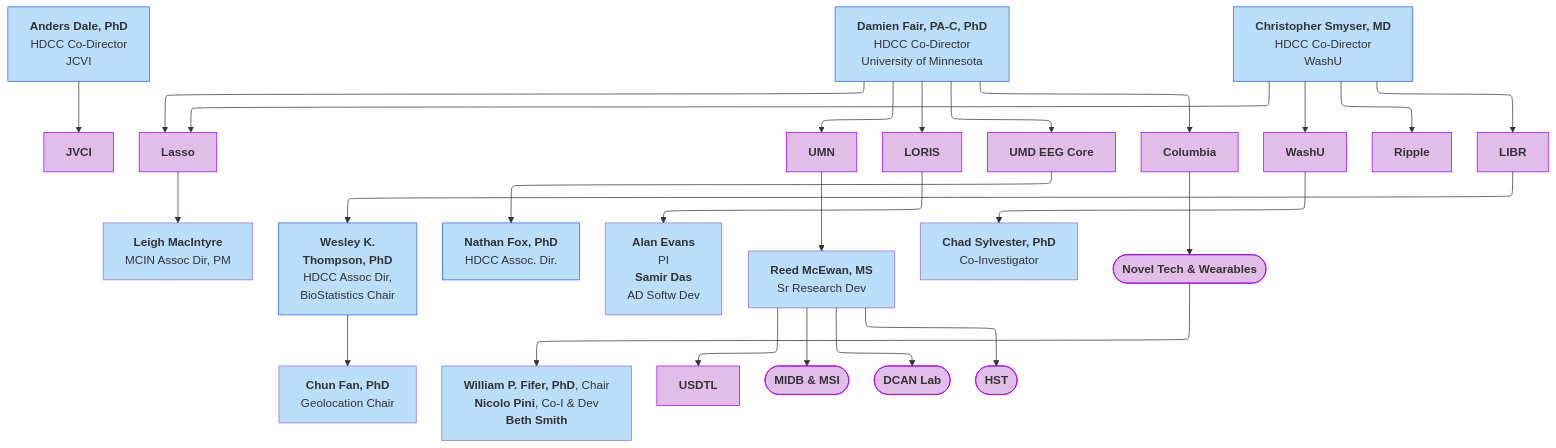
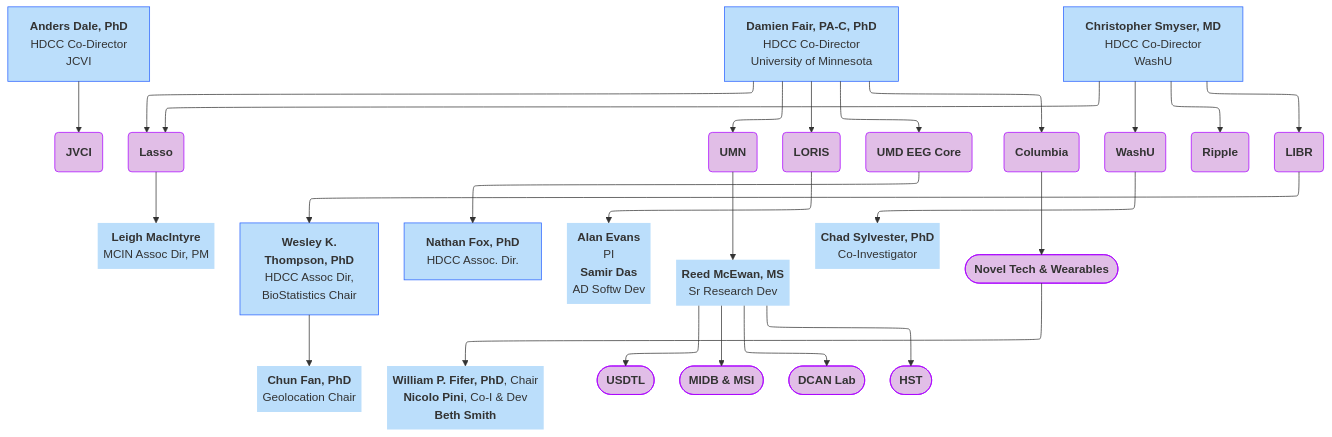
One commit to DCAN-Labs/hbcd-docs-internal changed the second of 3 diagrams in docs/orgcharts_alt.md. Above: the diagram before and after it, drawn with Mermaid. The commit also changed other lines of this file, not shown here.

````diff
--- a/docs/orgcharts_alt.md
+++ b/docs/orgcharts_alt.md
@@ -22,58 +63,77 @@
 ```mermaid
 ---
 config:
   layout: elk
 ---
 flowchart TB
     n2["<b>Anders Dale, PhD<br></b>HDCC Co-Director<br>JCVI"] --> jvci["<b>JVCI</b>"]
     E["<b>Damien Fair, PA-C, PhD</b><br>HDCC Co-Director<br>University of Minnesota"] 
     E --> lasso["<b>Lasso</b>"]
     E --> umn["<b>UMN</b>"]
     E --> n7["<b>LORIS</b>"]
     E --> n8["<b>UMD EEG Core</b>"]
     E --> n11["<b>Columbia</b>"]
     lasso --> lasso1["<b>Leigh MacIntyre</b><br>MCIN Assoc Dir, PM"]
     n1["<b>Christopher Smyser, MD<br></b>HDCC Co-Director<br>WashU"] 
     n1 --> n10["<b>WashU</b><br>"] & ripple["<b>Ripple</b>"] & n12["<b>LIBR</b>"] & lasso
     n16["<b>Wesley K.<br>Thompson, PhD</b><br>HDCC Assoc Dir,<br>BioStatistics Chair"] 
     n16 --> n17["<b>Chun Fan, PhD</b><br>Geolocation Chair"]
     n12 --> n16
     n8 --> n19["<b>Nathan Fox, PhD<br></b>HDCC Assoc. Dir."]
     n7 --> n20["<b>Alan Evans</b><br>PI<br><b>Samir Das</b><br>AD Softw Dev"]
     umn --> reed["<b>Reed McEwan, MS</b><br>Sr Research Dev"]
     n10 --> n22["<b>Chad Sylvester, PhD</b><br>Co-Investigator"]
     n11 --> n23(["<b>Novel Tech &amp; Wearables</b>"])
     n23 --> n18["<b>William P. Fifer, PhD</b>, Chair<br><b>Nicolo Pini</b>, Co-I &amp; Dev<br><b>Beth Smith</b>"]
     reed --> n25["<b>USDTL</b>"] & n26(["<b>MIDB &amp; MSI</b>"]) & n27(["<b>DCAN Lab</b>"]) & n30(["<b>HST</b>"])
     style n2 fill:#BBDEFB,stroke:#2962FF
     style jvci fill:#E1BEE7,stroke:#AA00FF
     style E fill:#BBDEFB,stroke:#2962FF
     style lasso fill:#E1BEE7,stroke:#AA00FF
     style umn fill:#E1BEE7,stroke:#AA00FF
     style n7 fill:#E1BEE7,stroke:#AA00FF
     style n8 fill:#E1BEE7,stroke:#AA00FF
     style n11 fill:#E1BEE7,stroke:#AA00FF
     style lasso1 fill:#BBDEFB
     style n1 fill:#BBDEFB,stroke:#2962FF
     style n10 fill:#E1BEE7,stroke:#AA00FF
     style ripple fill:#E1BEE7,stroke:#AA00FF
     style n12 fill:#E1BEE7,stroke:#AA00FF
     style n16 fill:#BBDEFB,stroke:#2962FF
     style n17 fill:#BBDEFB
     style n19 fill:#BBDEFB,stroke:#2962FF
     style n20 fill:#BBDEFB
     style reed fill:#BBDEFB
     style n22 fill:#BBDEFB
     style n23 fill:#E1BEE7,stroke:#AA00FF
     style n18 fill:#BBDEFB
     style n25 fill:#E1BEE7,stroke:#AA00FF
     style n26 fill:#E1BEE7,stroke:#AA00FF
     style n27 fill:#E1BEE7,stroke:#AA00FF
     style n30 fill:#E1BEE7,stroke:#AA00FF
     click jvci "#j-craig-venter-institute"
     click lasso "#lasso"
     click umn "#university-of-minnesota"
     click n7 "#loris"
     click n8 "#umd-eeg-core"
     click n10 "#washu"
+    jvci@{ shape: rounded}
+    E@{ shape: rect}
+    lasso@{ shape: rounded}
+    umn@{ shape: rounded}
+    n7@{ shape: rounded}
+    n8@{ shape: rounded}
+    n11@{ shape: rounded}
+    lasso1@{ shape: text}
+    n10@{ shape: rounded}
+    ripple@{ shape: rounded}
+    n12@{ shape: rounded}
+    n16@{ shape: rect}
+    n17@{ shape: text}
+    n19@{ shape: rect}
+    n20@{ shape: text}
+    reed@{ shape: text}
+    n22@{ shape: text}
+    n18@{ shape: text}
+    n25@{ shape: stadium}
 ```
````
